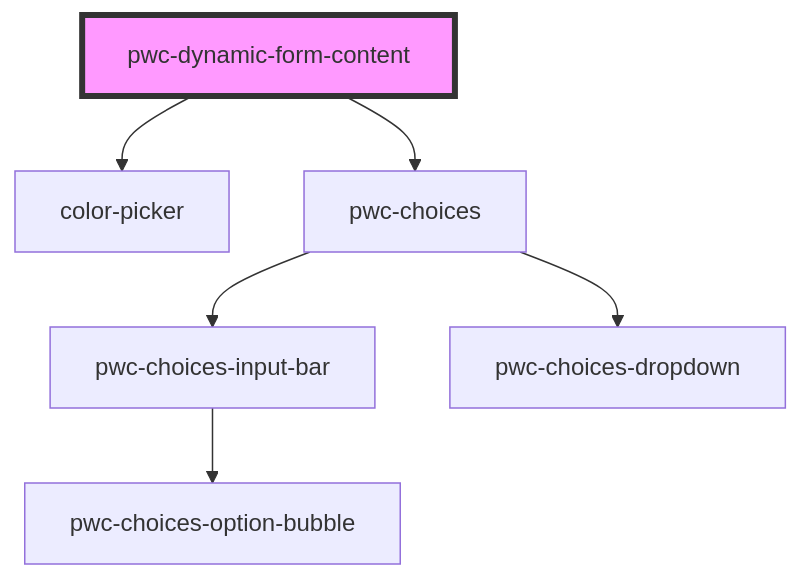
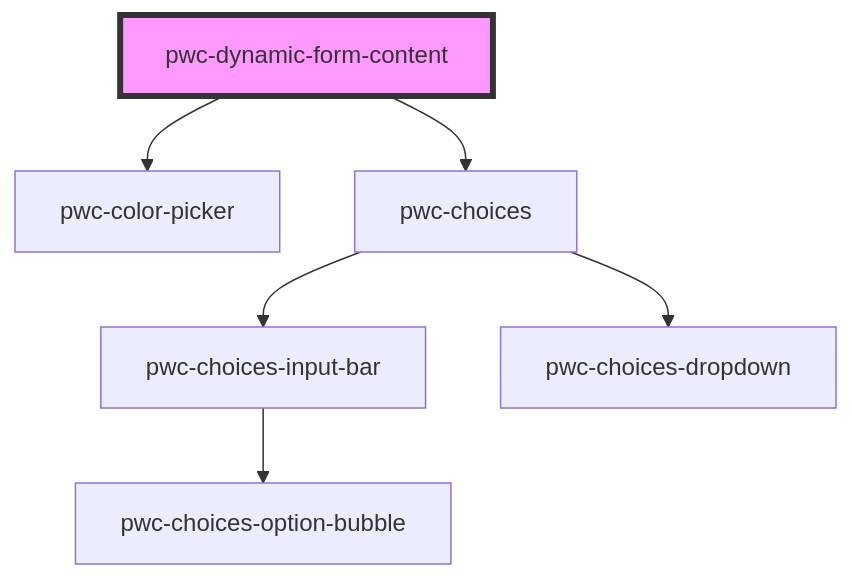
One commit to Paraboly/pwc-dynamic-form changed the diagram in src/components/pwc-dynamic-form-content/readme.md. Above: the diagram before and after it, drawn with Mermaid. The commit also changed other lines of this file and 9 other files, not shown here.

````diff
--- a/src/components/pwc-dynamic-form-content/readme.md
+++ b/src/components/pwc-dynamic-form-content/readme.md
@@ -30,9 +30,9 @@
 ```mermaid
 graph TD;
-  pwc-dynamic-form-content --> color-picker
+  pwc-dynamic-form-content --> pwc-color-picker
   pwc-dynamic-form-content --> pwc-choices
   pwc-choices --> pwc-choices-input-bar
   pwc-choices --> pwc-choices-dropdown
   pwc-choices-input-bar --> pwc-choices-option-bubble
   style pwc-dynamic-form-content fill:#f9f,stroke:#333,stroke-width:4px
 ```
````
